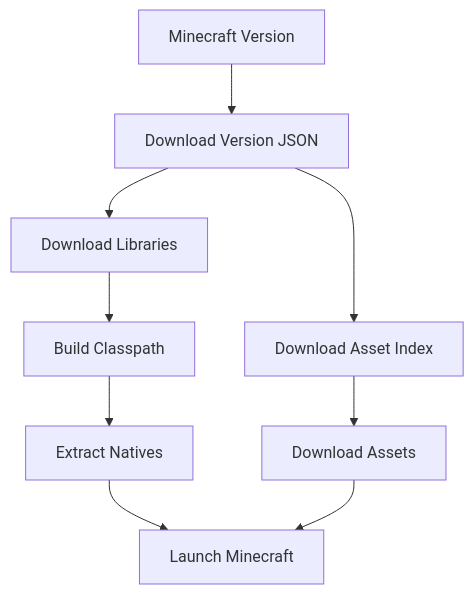
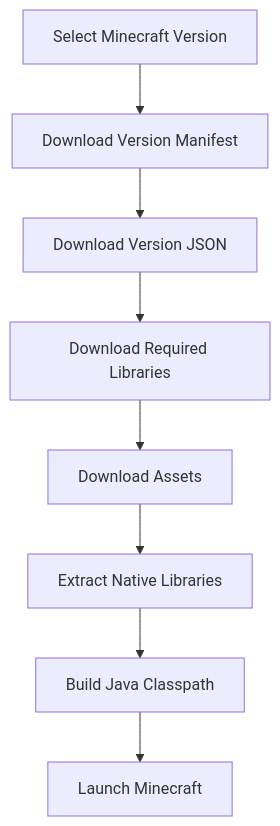
One commit to MasterKing67/Flystarts-MC-Launcher changed the first of 2 diagrams in README.md. Above: the diagram before and after it, drawn with Mermaid. The commit also changed other lines of this file, not shown here.

````diff
--- a/README.md
+++ b/README.md
@@ -29,13 +123,18 @@
 ```mermaid
 graph TD
 
-A[Minecraft Version] --> B[Download Version JSON]
-B --> C[Download Libraries]
-C --> D[Build Classpath]
-D --> E[Extract Natives]
-E --> F[Launch Minecraft]
+A[Select Minecraft Version]
+--> B[Download Version Manifest]
 
-B --> G[Download Asset Index]
-G --> H[Download Assets]
-H --> F
+B --> C[Download Version JSON]
+
+C --> D[Download Required Libraries]
+
+D --> E[Download Assets]
+
+E --> F[Extract Native Libraries]
+
+F --> G[Build Java Classpath]
+
+G --> H[Launch Minecraft]
 ```
````
